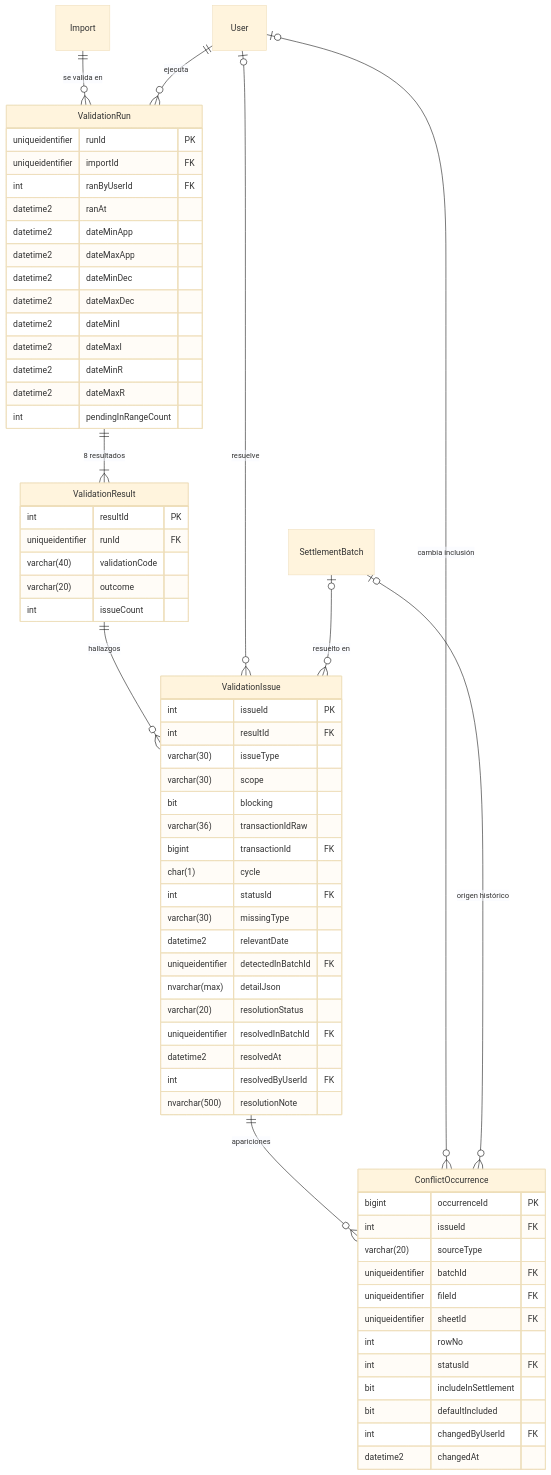
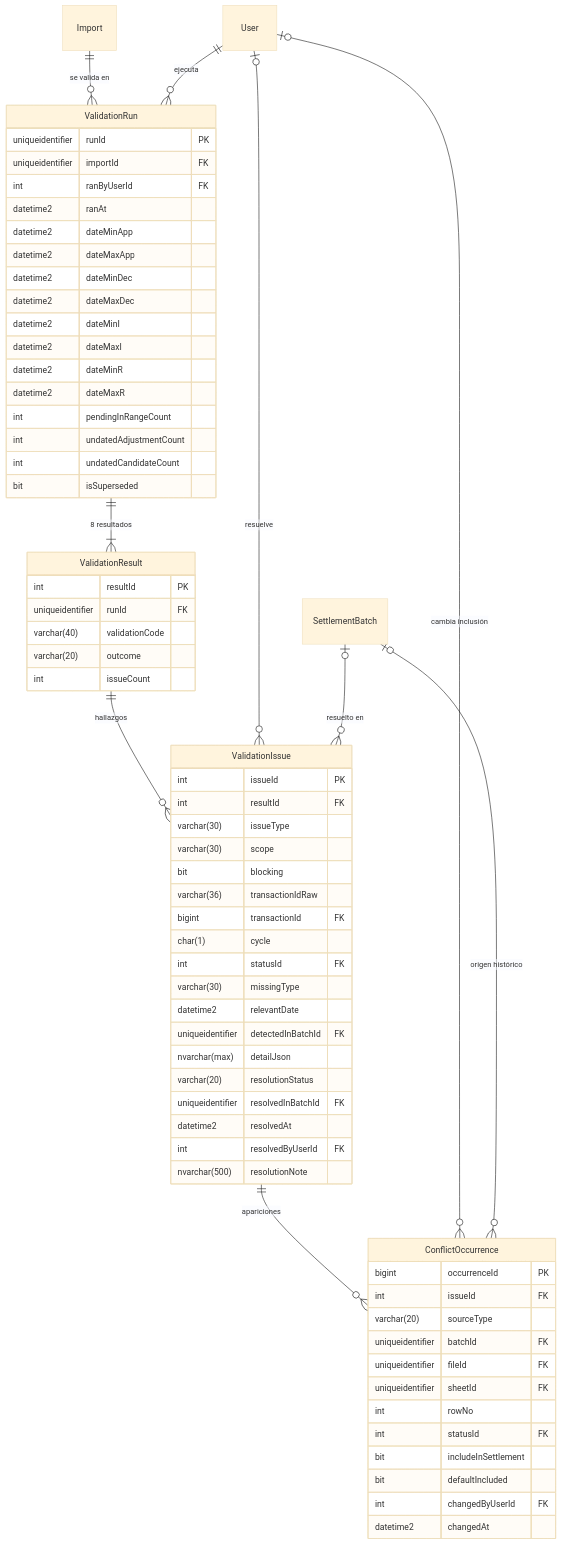
Before and after one commit to LIDR-academy-temp/AI4Devs-finalproject: the ninth of 10 diagrams in readme.md, drawn with Mermaid (base theme). The commit also changed other lines of this file, not shown here.

````diff
--- a/readme.md
+++ b/readme.md
@@ -792,69 +793,72 @@
 ```mermaid
 erDiagram
     Import ||--o{ ValidationRun : "se valida en"
     User ||--o{ ValidationRun : "ejecuta"
     ValidationRun ||--|{ ValidationResult : "8 resultados"
     ValidationResult ||--o{ ValidationIssue : "hallazgos"
     ValidationIssue ||--o{ ConflictOccurrence : "apariciones"
     User o|--o{ ValidationIssue : "resuelve"
     User o|--o{ ConflictOccurrence : "cambia inclusión"
     SettlementBatch o|--o{ ConflictOccurrence : "origen histórico"
     SettlementBatch o|--o{ ValidationIssue : "resuelto en"
 
     ValidationRun {
         uniqueidentifier runId PK
         uniqueidentifier importId FK
         int ranByUserId FK
         datetime2 ranAt
         datetime2 dateMinApp
         datetime2 dateMaxApp
         datetime2 dateMinDec
         datetime2 dateMaxDec
         datetime2 dateMinI
         datetime2 dateMaxI
         datetime2 dateMinR
         datetime2 dateMaxR
         int pendingInRangeCount
+        int undatedAdjustmentCount
+        int undatedCandidateCount
+        bit isSuperseded
     }
     ValidationResult {
         int resultId PK
         uniqueidentifier runId FK
         varchar(40) validationCode
         varchar(20) outcome
         int issueCount
     }
     ValidationIssue {
         int issueId PK
         int resultId FK
         varchar(30) issueType
         varchar(30) scope
         bit blocking
         varchar(36) transactionIdRaw
         bigint transactionId FK
         char(1) cycle
         int statusId FK
         varchar(30) missingType
         datetime2 relevantDate
         uniqueidentifier detectedInBatchId FK
         nvarchar(max) detailJson
         varchar(20) resolutionStatus
         uniqueidentifier resolvedInBatchId FK
         datetime2 resolvedAt
         int resolvedByUserId FK
         nvarchar(500) resolutionNote
     }
     ConflictOccurrence {
         bigint occurrenceId PK
         int issueId FK
         varchar(20) sourceType
         uniqueidentifier batchId FK
         uniqueidentifier fileId FK
         uniqueidentifier sheetId FK
         int rowNo
         int statusId FK
         bit includeInSettlement
         bit defaultIncluded
         int changedByUserId FK
         datetime2 changedAt
     }
 ```
````
